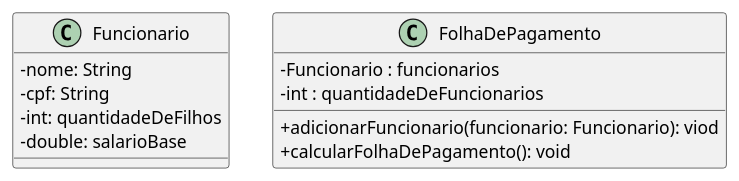
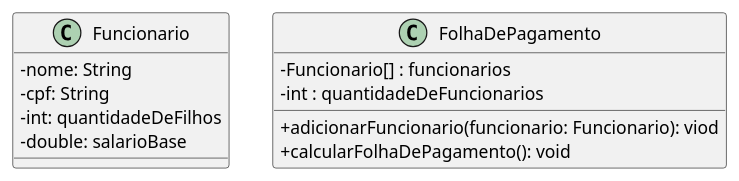
One commit to IFNMG-Almenara-Classes/modificadores-uml-vetor-construtores changed the diagram in assets/funcinarios.iuml. Above: the diagram before and after it, drawn with PlantUML.

```diff
--- a/assets/funcinarios.iuml
+++ b/assets/funcinarios.iuml
@@ -1,17 +1,17 @@
 @startuml Funcionarios
 skinparam classAttributeIconSize 0
 class Funcionario {
  - nome: String
  - cpf: String
  - int: quantidadeDeFilhos
  - double: salarioBase
 }
 
 class FolhaDePagamento {
- -Funcionario : funcionarios
+ -Funcionario[] : funcionarios
  -int : quantidadeDeFuncionarios
 
 + adicionarFuncionario(funcionario: Funcionario): viod
 + calcularFolhaDePagamento(): void
 }
 @enduml
```
